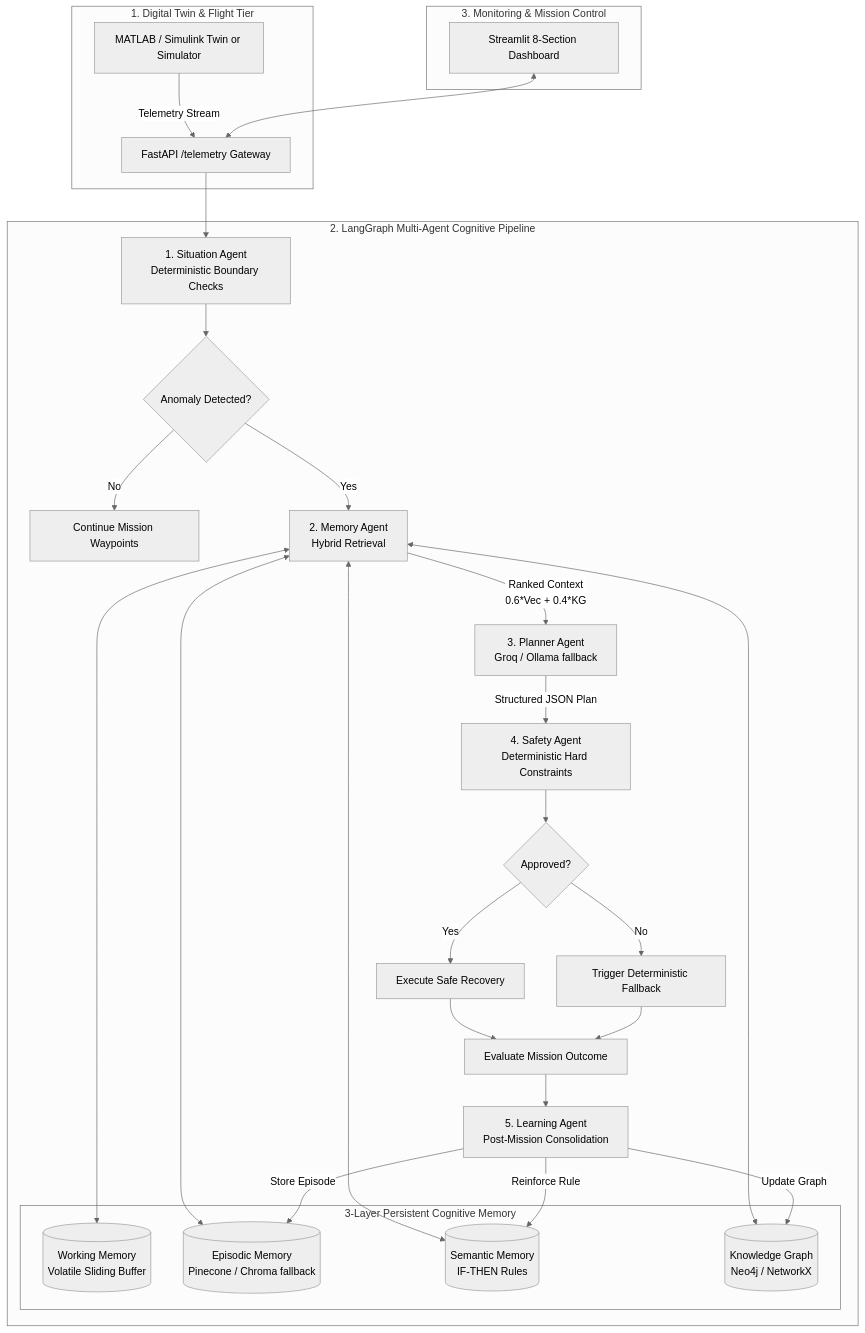
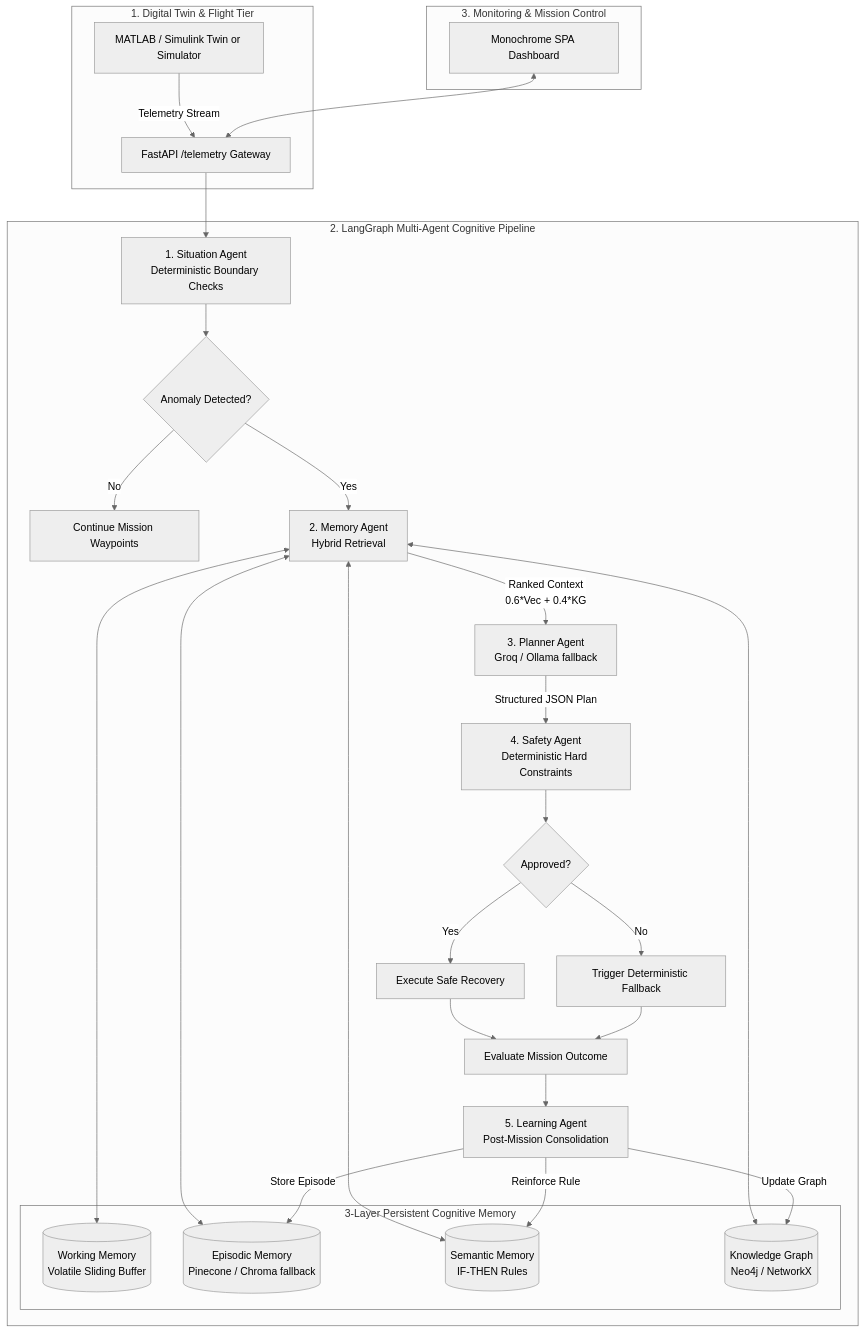
The diagram in README.md (VantyxLabs/AeroCortex), drawn with Mermaid (neutral theme) before and after one commit. The commit also changed other lines of this file and 19 other files, not shown here.

First line of the commit message:
Add monochrome dashboard, Vercel deploy, and local API proxy wiring.

````diff
--- a/README.md
+++ b/README.md
@@ -25,47 +25,47 @@
 ```mermaid
 flowchart TD
     subgraph Flight_Tier ["1. Digital Twin & Flight Tier"]
         Twin["MATLAB / Simulink Twin or Simulator"] -->|Telemetry Stream| API["FastAPI /telemetry Gateway"]
     end
 
     subgraph LangGraph_Pipeline ["2. LangGraph Multi-Agent Cognitive Pipeline"]
         API --> SituationAgent["1. Situation Agent\nDeterministic Boundary Checks"]
         SituationAgent --> AnomalyCheck{"Anomaly Detected?"}
         
         AnomalyCheck -->|No| SafeCont["Continue Mission Waypoints"]
         AnomalyCheck -->|Yes| MemoryAgent["2. Memory Agent\nHybrid Retrieval"]
         
         subgraph Memory_Layer ["3-Layer Persistent Cognitive Memory"]
             WM[("Working Memory\nVolatile Sliding Buffer")]
             EM[("Episodic Memory\nPinecone / Chroma fallback")]
             SM[("Semantic Memory\nIF-THEN Rules")]
             KG[("Knowledge Graph\nNeo4j / NetworkX")]
         end
         
         MemoryAgent <--> WM
         MemoryAgent <--> EM
         MemoryAgent <--> SM
         MemoryAgent <--> KG
         
         MemoryAgent -->|Ranked Context\n0.6*Vec + 0.4*KG| PlannerAgent["3. Planner Agent\nGroq / Ollama fallback"]
         
         PlannerAgent -->|Structured JSON Plan| SafetyAgent["4. Safety Agent\nDeterministic Hard Constraints"]
         
         SafetyAgent --> ApprovalCheck{"Approved?"}
         
         ApprovalCheck -->|Yes| RecoveryExec["Execute Safe Recovery"]
         ApprovalCheck -->|No| FallbackExec["Trigger Deterministic Fallback"]
         
         RecoveryExec --> OutcomeEval["Evaluate Mission Outcome"]
         FallbackExec --> OutcomeEval
         
         OutcomeEval --> LearningAgent["5. Learning Agent\nPost-Mission Consolidation"]
         LearningAgent -->|Store Episode| EM
         LearningAgent -->|Reinforce Rule| SM
         LearningAgent -->|Update Graph| KG
     end
 
     subgraph Control_Tier ["3. Monitoring & Mission Control"]
-        Dashboard["Streamlit 8-Section Dashboard"] <--> API
+        Dashboard["Monochrome SPA Dashboard"] <--> API
     end
 ```
````
